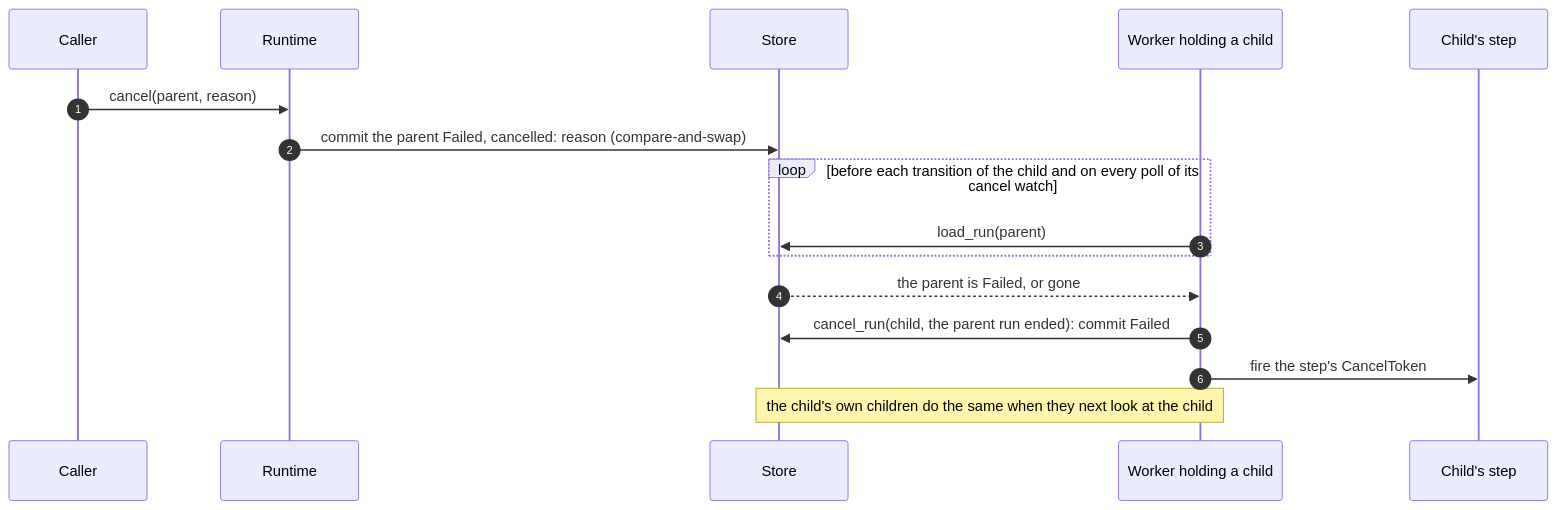
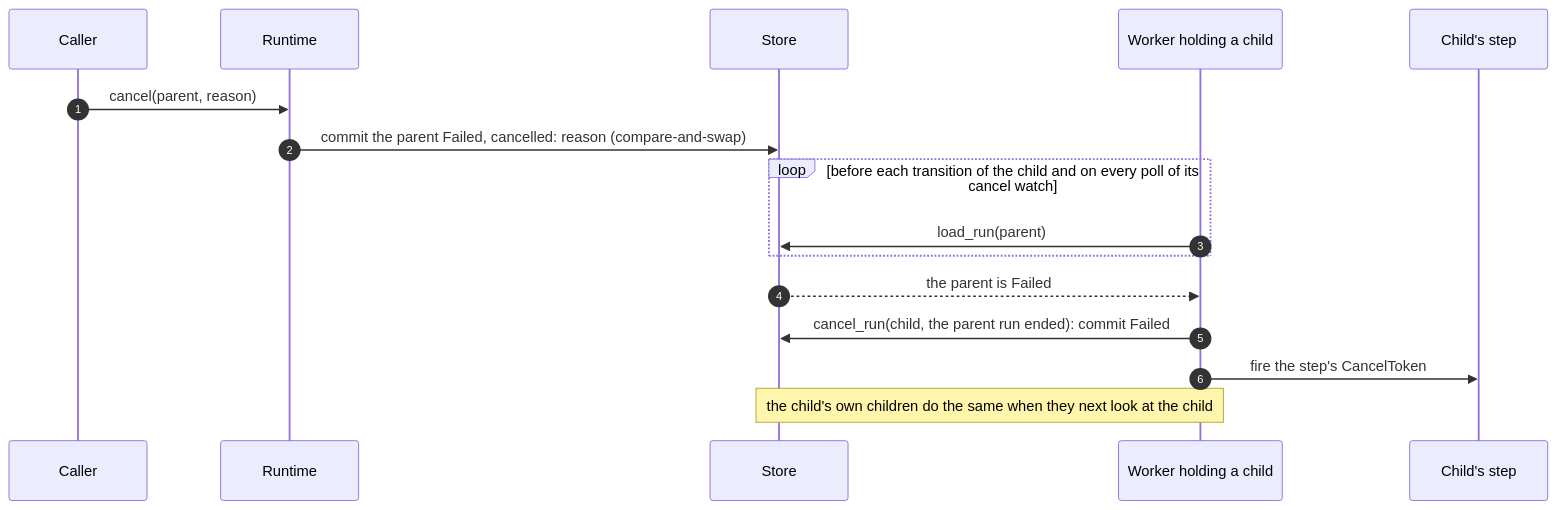
The first of 4 diagrams in docs/reference/child-runs.md (vymalo/another-adam-rs), drawn with Mermaid before and after one commit. The commit also changed other lines of this file and 7 other files, not shown here.

````diff
--- a/docs/reference/child-runs.md
+++ b/docs/reference/child-runs.md
@@ -77,19 +77,19 @@
 ```mermaid
 sequenceDiagram
     autonumber
     participant U as Caller
     participant R as Runtime
     participant DB as Store
     participant W as Worker holding a child
     participant C as Child's step
 
     U->>R: cancel(parent, reason)
     R->>DB: commit the parent Failed, cancelled: reason (compare-and-swap)
     loop before each transition of the child and on every poll of its cancel watch
         W->>DB: load_run(parent)
     end
-    DB-->>W: the parent is Failed, or gone
+    DB-->>W: the parent is Failed
     W->>DB: cancel_run(child, the parent run ended): commit Failed
     W->>C: fire the step's CancelToken
     Note over W,DB: the child's own children do the same when they next look at the child
 ```
````
